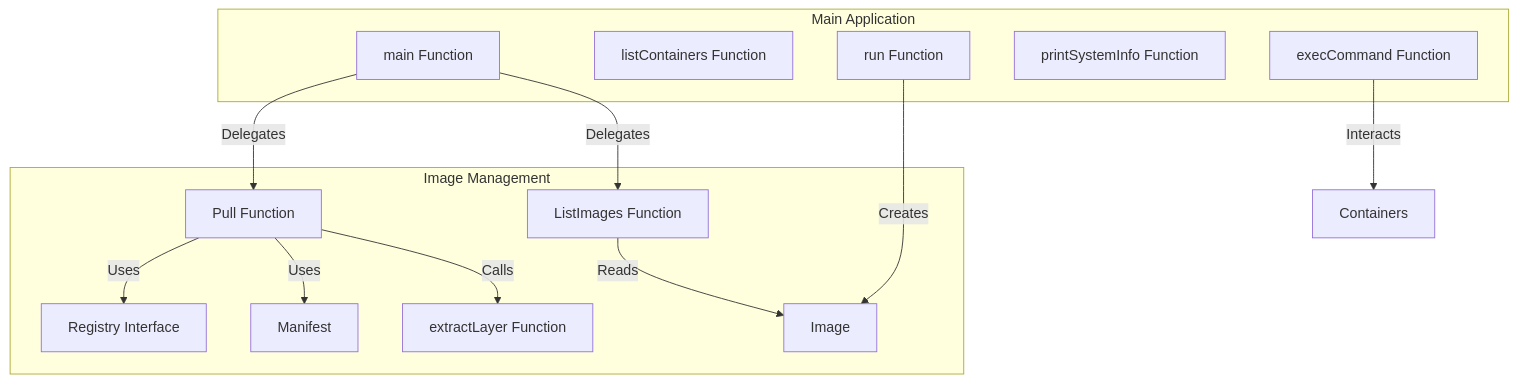
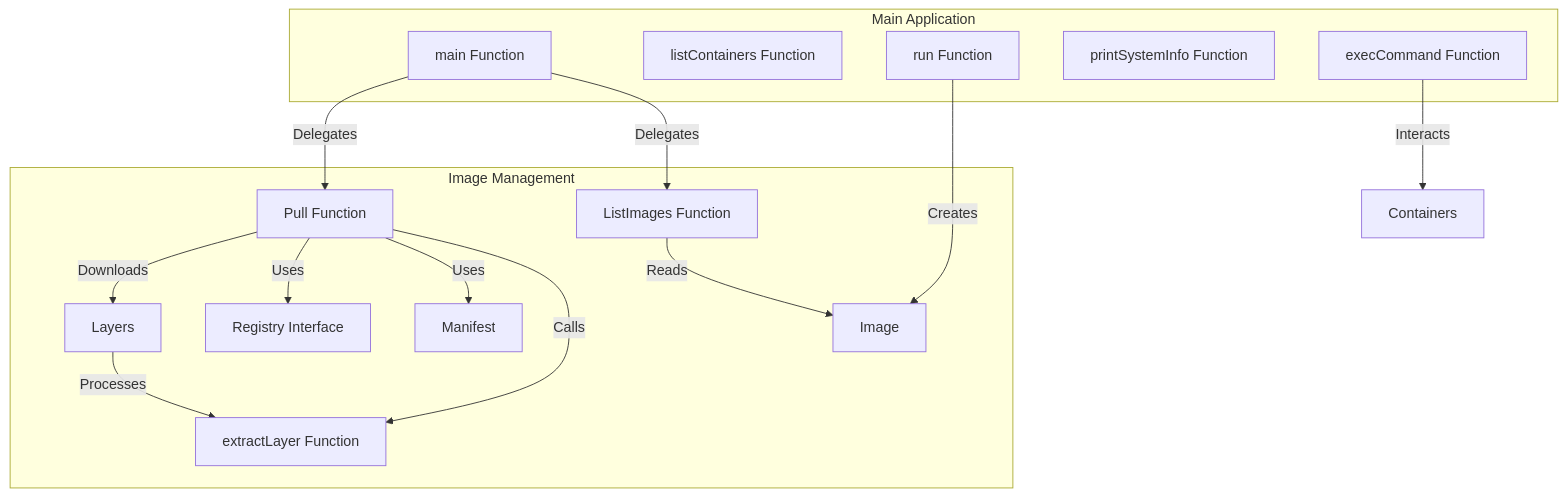
One commit to j143/basic-docker-engine changed the third of 3 diagrams in README.md. Above: the diagram before and after it, drawn with Mermaid.

Commit message:
update the image management diagram

````diff
--- a/README.md
+++ b/README.md
@@ -172,28 +172,30 @@
 ```mermaid
 graph TD
     subgraph Image Management
         Image["Image"]
         Registry["Registry Interface"]
         Manifest["Manifest"]
         Pull["Pull Function"]
         ListImages["ListImages Function"]
         ExtractLayer["extractLayer Function"]
+        Pull -->|Downloads| Layers
+        Layers -->|Processes| ExtractLayer
     end
 
     subgraph Main Application
         Main["main Function"]
         ListContainers["listContainers Function"]
         Run["run Function"]
         PrintSystemInfo["printSystemInfo Function"]
         ExecCommand["execCommand Function"]
     end
 
     Main -->|Delegates| Pull
     Main -->|Delegates| ListImages
     Pull -->|Uses| Registry
     Pull -->|Uses| Manifest
     Pull -->|Calls| ExtractLayer
     ListImages -->|Reads| Image
     Run -->|Creates| Image
     ExecCommand -->|Interacts| Containers
 ```
````
